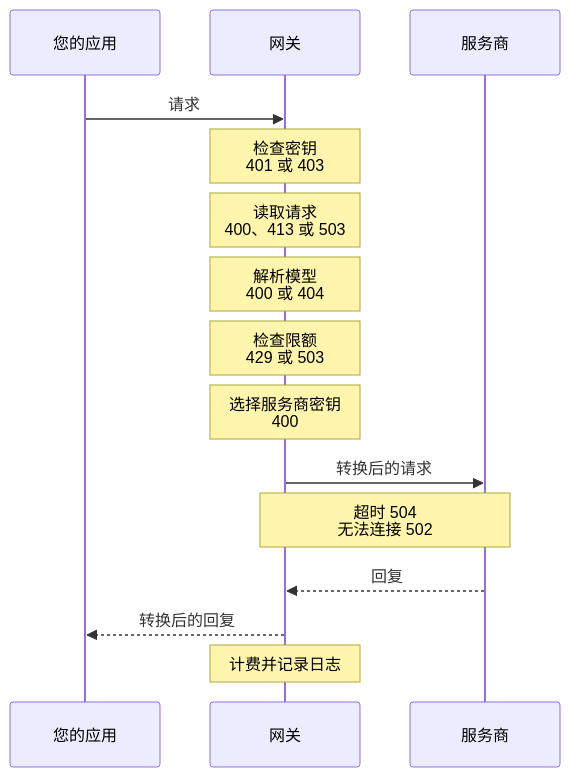
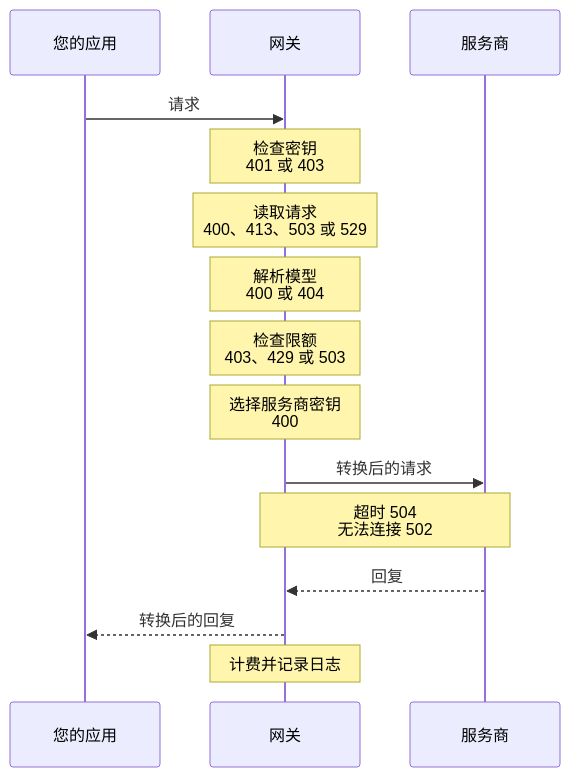
One commit to logicplanes/kaeso changed the diagram in apps/docs/content/zh-CN/concepts/request-flow.md. Above: the diagram before and after it, drawn with Mermaid. The commit also changed other lines of this file and 17 other files, not shown here.

````diff
--- a/apps/docs/content/zh-CN/concepts/request-flow.md
+++ b/apps/docs/content/zh-CN/concepts/request-flow.md
@@ -9,19 +9,19 @@
 ```mermaid
 sequenceDiagram
   accTitle: 请求流程
   accDescr: 应用把请求发送给网关。网关检查密钥、读取请求、解析模型、检查限额并选择服务商密钥，每项检查都可能以图中的状态码拒绝请求。随后它把转换后的请求发送给服务商，把转换后的回复返回给应用，再计费并记录请求日志。
   participant App as 您的应用
   participant Gateway as 网关
   participant Provider as 服务商
   App->>Gateway: 请求
   Note over Gateway: 检查密钥<br>401 或 403
-  Note over Gateway: 读取请求<br>400、413 或 503
+  Note over Gateway: 读取请求<br>400、413、503 或 529
   Note over Gateway: 解析模型<br>400 或 404
-  Note over Gateway: 检查限额<br>429 或 503
+  Note over Gateway: 检查限额<br>403、429 或 503
   Note over Gateway: 选择服务商密钥<br>400
   Gateway->>Provider: 转换后的请求
   Note over Gateway,Provider: 超时 504<br>无法连接 502
   Provider-->>Gateway: 回复
   Gateway-->>App: 转换后的回复
   Note over Gateway: 计费并记录日志
 ```
````
